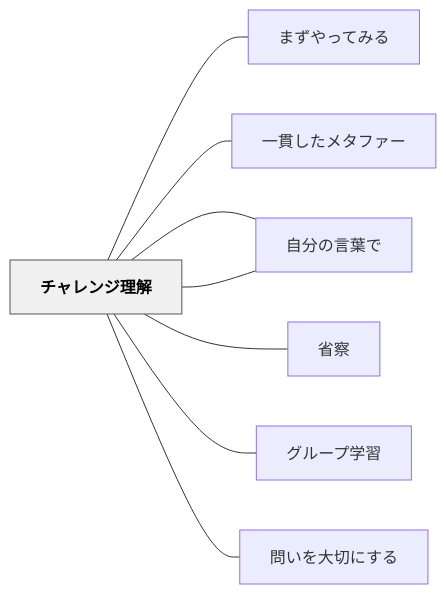
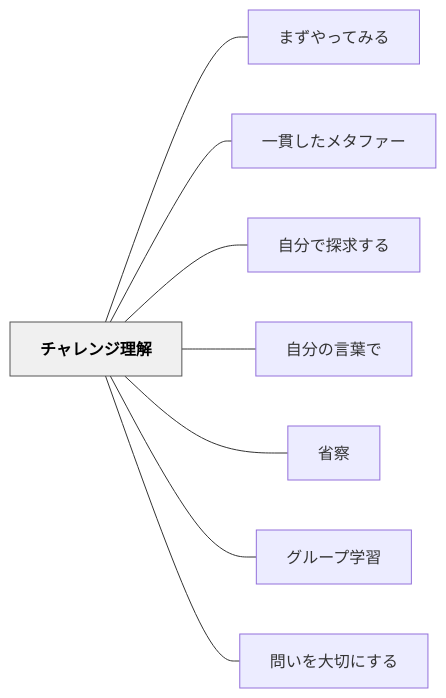
One commit to unknownthings-ed-patterns/unknownthings-ed-patterns changed the diagram in content/パタン/チャレンジ理解.md. Above: the diagram before and after it, drawn with Mermaid. The commit also changed 527 other files, not shown here.

````diff
--- a/content/パタン/チャレンジ理解.md
+++ b/content/パタン/チャレンジ理解.md
@@ -103,22 +103,22 @@
 ```mermaid
 flowchart LR
-    ne38381e383a3["チャレンジ理解"]
-    ne381bee3819a["まずやってみる"]
-    ne4b880e8b2ab["一貫したメタファー"]
-    ne887aae58886["自分で探求する"]
-    ne887aae58886["自分の言葉で"]
+    ne38381e383a3e383ace383b3e382b8e79086e8a7a3["チャレンジ理解"]
+    ne381bee3819ae38284e381a3e381a6e381bfe3828b["まずやってみる"]
+    ne4b880e8b2abe38197e3819fe383a1e382bfe38395e382a1e383bc["一貫したメタファー"]
+    ne887aae58886e381a7e68ea2e6b182e38199e3828b["自分で探求する"]
+    ne887aae58886e381aee8a880e89189e381a7["自分の言葉で"]
     ne79c81e5af9f["省察"]
-    ne382b0e383ab["グループ学習"]
-    ne5958fe38184["問いを大切にする"]
+    ne382b0e383abe383bce38397e5ada6e7bf92["グループ学習"]
+    ne5958fe38184e38292e5a4a7e58887e381abe38199e3828b["問いを大切にする"]
 
-    ne38381e383a3 --- ne381bee3819a
-    ne38381e383a3 --- ne4b880e8b2ab
-    ne38381e383a3 --- ne887aae58886
-    ne38381e383a3 --- ne887aae58886
-    ne38381e383a3 --- ne79c81e5af9f
-    ne38381e383a3 --- ne382b0e383ab
-    ne38381e383a3 --- ne5958fe38184
+    ne38381e383a3e383ace383b3e382b8e79086e8a7a3 --- ne381bee3819ae38284e381a3e381a6e381bfe3828b
+    ne38381e383a3e383ace383b3e382b8e79086e8a7a3 --- ne4b880e8b2abe38197e3819fe383a1e382bfe38395e382a1e383bc
+    ne38381e383a3e383ace383b3e382b8e79086e8a7a3 --- ne887aae58886e381a7e68ea2e6b182e38199e3828b
+    ne38381e383a3e383ace383b3e382b8e79086e8a7a3 --- ne887aae58886e381aee8a880e89189e381a7
+    ne38381e383a3e383ace383b3e382b8e79086e8a7a3 --- ne79c81e5af9f
+    ne38381e383a3e383ace383b3e382b8e79086e8a7a3 --- ne382b0e383abe383bce38397e5ada6e7bf92
+    ne38381e383a3e383ace383b3e382b8e79086e8a7a3 --- ne5958fe38184e38292e5a4a7e58887e381abe38199e3828b
 
     classDef hub fill:#f0f0f0,stroke:#555,color:#000,font-weight:bold
-    class ne38381e383a3 hub
+    class ne38381e383a3e383ace383b3e382b8e79086e8a7a3 hub
 ```
````
